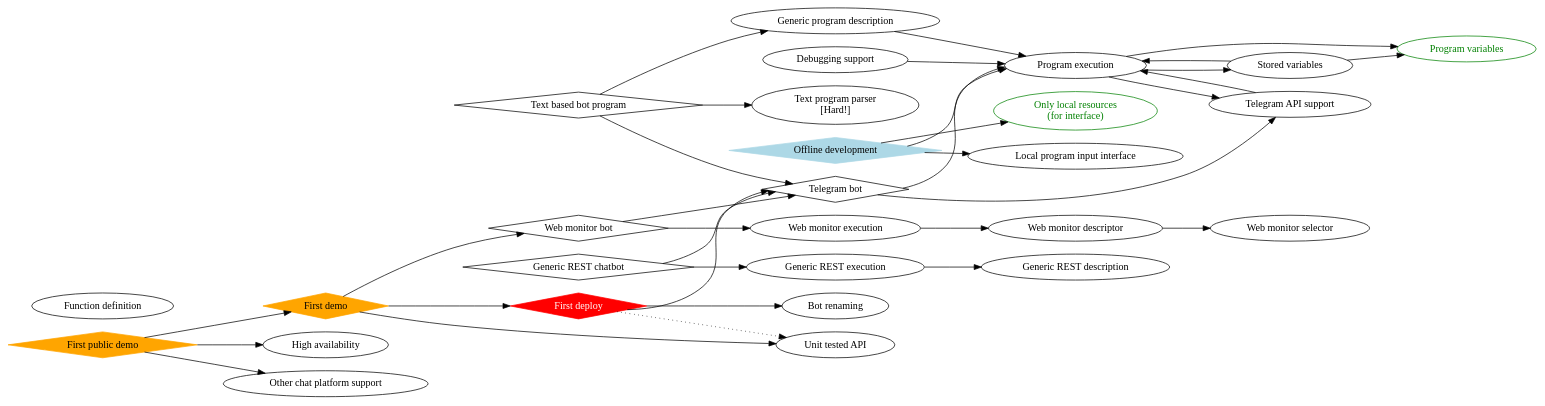
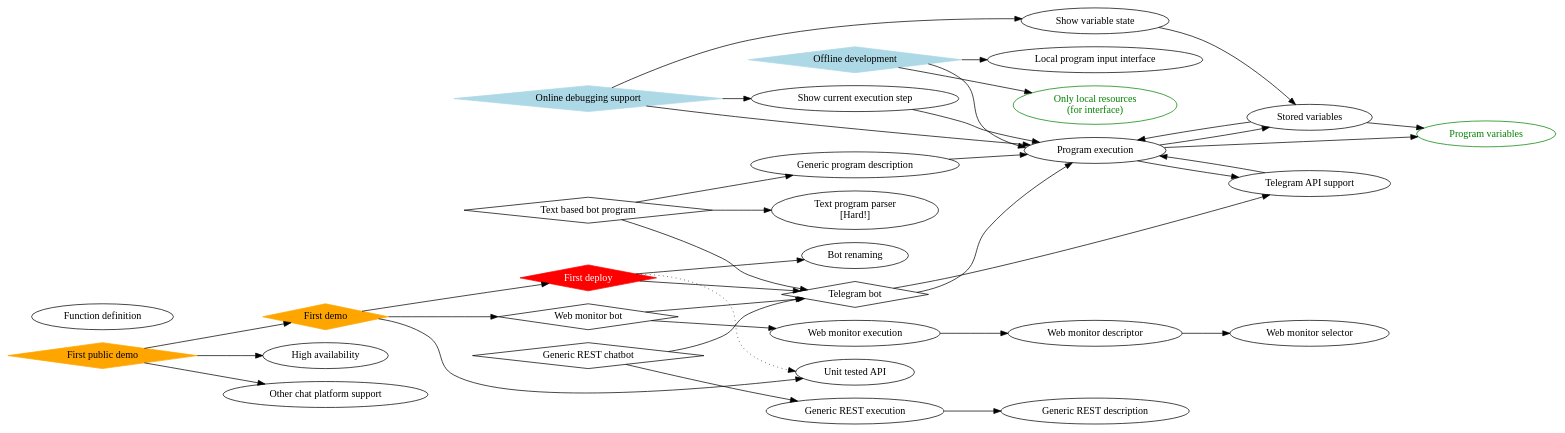
The diagram in docs/task-tree.dot (programaker-project/Programaker-Core), drawn with Graphviz before and after one commit.

Commit message:
Add debugging support dependencies.

```diff
--- a/docs/task-tree.dot
+++ b/docs/task-tree.dot
@@ -1,97 +1,105 @@
 digraph {
     rankdir=LR;
 
     // Milestones
     telegram_bot[label="Telegram bot", shape=diamond];
     // First big (publicly deployed) milestone
     first_deploy[label="First deploy", shape=diamond, style=filled, color=red, fontcolor=white];
 
     web_monitor_bot[label="Web monitor bot", shape=diamond];
     first_demo[label="First demo", shape=diamond, style=filled, color=orange];
     first_public_demo[label="First public demo", shape=diamond, style=filled, color=orange];
 
     generic_rest_chatbot[label="Generic REST chatbot", shape=diamond];
     text_based_program_bot[label="Text based bot program", shape=diamond];
 
     offline_development[label="Offline development", shape=diamond, style=filled, color=lightblue];
+    debugging_support[label="Online debugging support", shape=diamond, style=filled, color=lightblue];
 
     // Tasks
     program_execution[label="Program execution"];
     telegram_api_support[label="Telegram API support"];
-    debugging_support[label="Debugging support"];
 
     bot_renaming[label="Bot renaming"];
     unit_tested_api[label="Unit tested API"];
 
     program_variables[label="Program variables", color=green, fontcolor=green];
     stored_variables[label="Stored variables"];
     function_definition[label="Function definition"];
 
     web_monitor_selector[label="Web monitor selector"];
     web_monitor_description[label="Web monitor descriptor"];
     web_monitor_execution[label="Web monitor execution"];
 
     generic_rest_execution[label="Generic REST execution"];
     generic_rest_description[label="Generic REST description"];
 
     text_program_parser[label="Text program parser\n[Hard!]"];
     generic_program_description[label="Generic program description"];
 
     high_availability[label="High availability"];
 
     other_chat_platform_support[label="Other chat platform support"];
     only_local_resources[label="Only local resources\n(for interface)", color=green, fontcolor=green];
     local_program_input_interface[label="Local program input interface"];
+
+    show_variable_state[label="Show variable state"];
+    show_current_execution_step[label="Show current execution step"];
 
     // Dependencies
     program_execution -> program_variables;
     stored_variables -> program_variables;
 
     program_execution -> stored_variables;
     stored_variables -> program_execution;
 
     // First (internal) milestone
     telegram_api_support -> program_execution;
     program_execution -> telegram_api_support;
 
     telegram_bot -> program_execution;
     telegram_bot -> telegram_api_support;
 
     // No reason to deploy before something is doable 
     first_deploy -> telegram_bot;
     first_deploy -> bot_renaming;
 
     // We should have the tests before the deploy, but we can delay it
     first_deploy -> unit_tested_api[style=dotted];
 
     web_monitor_description -> web_monitor_selector;
     web_monitor_execution -> web_monitor_description;
 
     web_monitor_bot -> telegram_bot;
     web_monitor_bot -> web_monitor_execution;
     first_demo -> web_monitor_bot;
     // First demo has to work for sure, so unit-testing is *required* at this point
     first_demo -> unit_tested_api;
     // It also requires a working deployment
     first_demo -> first_deploy;
 
     first_public_demo -> first_demo;
     first_public_demo -> high_availability;
     first_public_demo -> other_chat_platform_support;
 
     generic_rest_execution -> generic_rest_description;
 
     generic_rest_chatbot -> telegram_bot;
     generic_rest_chatbot -> generic_rest_execution;
 
     generic_program_description -> program_execution;
     text_based_program_bot -> telegram_bot;
     text_based_program_bot -> generic_program_description;
     text_based_program_bot -> text_program_parser;
 
     debugging_support -> program_execution;
 
     offline_development -> program_execution;
     offline_development -> only_local_resources;
     offline_development -> local_program_input_interface;
+
+    show_current_execution_step -> program_execution;
+    show_variable_state -> stored_variables;
+    debugging_support -> show_variable_state;
+    debugging_support -> show_current_execution_step;
 }
```
